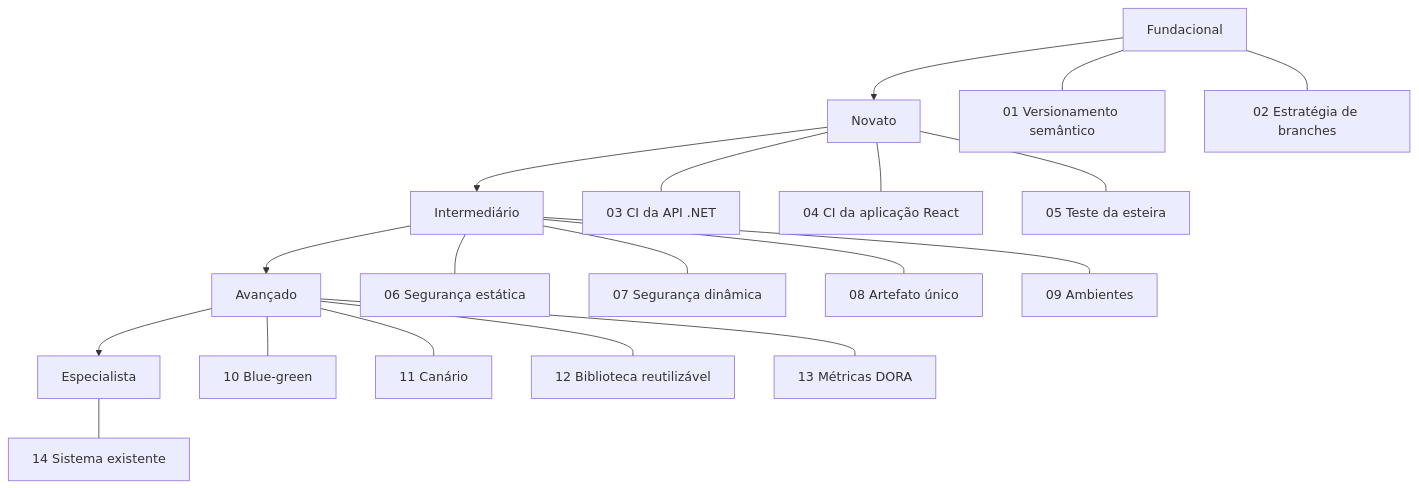
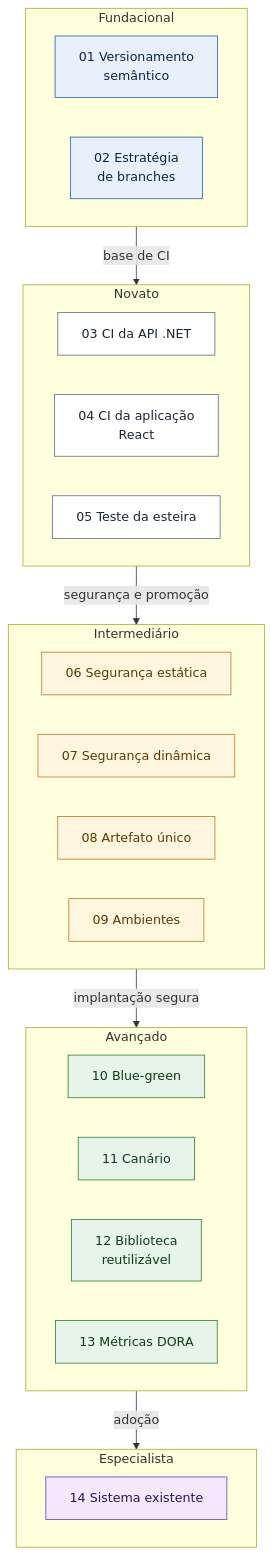
The diagram in docs/trilha.md (arkhibr/devops-fluxos-c3dm), drawn with Mermaid before and after one commit. The commit also changed other lines of this file and 4 other files, not shown here.

First line of the commit message:
docs(portal): página do modelo C3DM e diagramas no padrão visual (#24)

````diff
--- a/docs/trilha.md
+++ b/docs/trilha.md
@@ -45,21 +9,42 @@
 ```mermaid
 flowchart TB
-    F["Fundacional"] --> N["Novato"]
-    N --> I["Intermediário"]
-    I --> A["Avançado"]
-    A --> E["Especialista"]
-    F --- C01["01 Versionamento semântico"]
-    F --- C02["02 Estratégia de branches"]
-    N --- C03["03 CI da API .NET"]
-    N --- C04["04 CI da aplicação React"]
-    N --- C05["05 Teste da esteira"]
-    I --- C06["06 Segurança estática"]
-    I --- C07["07 Segurança dinâmica"]
-    I --- C08["08 Artefato único"]
-    I --- C09["09 Ambientes"]
-    A --- C10["10 Blue-green"]
-    A --- C11["11 Canário"]
-    A --- C12["12 Biblioteca reutilizável"]
-    A --- C13["13 Métricas DORA"]
-    E --- C14["14 Sistema existente"]
+    subgraph FUN["Fundacional"]
+        C01["01 Versionamento<br/>semântico"]
+        C02["02 Estratégia<br/>de branches"]
+    end
+    subgraph NOV["Novato"]
+        C03["03 CI da API .NET"]
+        C04["04 CI da aplicação<br/>React"]
+        C05["05 Teste da esteira"]
+    end
+    subgraph INT["Intermediário"]
+        C06["06 Segurança estática"]
+        C07["07 Segurança dinâmica"]
+        C08["08 Artefato único"]
+        C09["09 Ambientes"]
+    end
+    subgraph AVA["Avançado"]
+        C10["10 Blue-green"]
+        C11["11 Canário"]
+        C12["12 Biblioteca<br/>reutilizável"]
+        C13["13 Métricas DORA"]
+    end
+    subgraph ESP["Especialista"]
+        C14["14 Sistema existente"]
+    end
+    FUN -->|"base de CI"| NOV
+    NOV -->|"segurança e promoção"| INT
+    INT -->|"implantação segura"| AVA
+    AVA -->|"adoção"| ESP
+
+    classDef gatilho fill:#E8F1FB,stroke:#1F5FA8,color:#0B2545
+    classDef etapa fill:#FFFFFF,stroke:#5B6B7F,color:#1B2733
+    classDef verificacao fill:#FFF6E0,stroke:#B7791F,color:#5A3A00
+    classDef sucesso fill:#E6F4EA,stroke:#2E7D32,color:#123B17
+    classDef artefato fill:#F3E8FD,stroke:#6A3FB5,color:#2D1457
+    class C01,C02 gatilho
+    class C03,C04,C05 etapa
+    class C06,C07,C08,C09 verificacao
+    class C10,C11,C12,C13 sucesso
+    class C14 artefato
 ```
````
